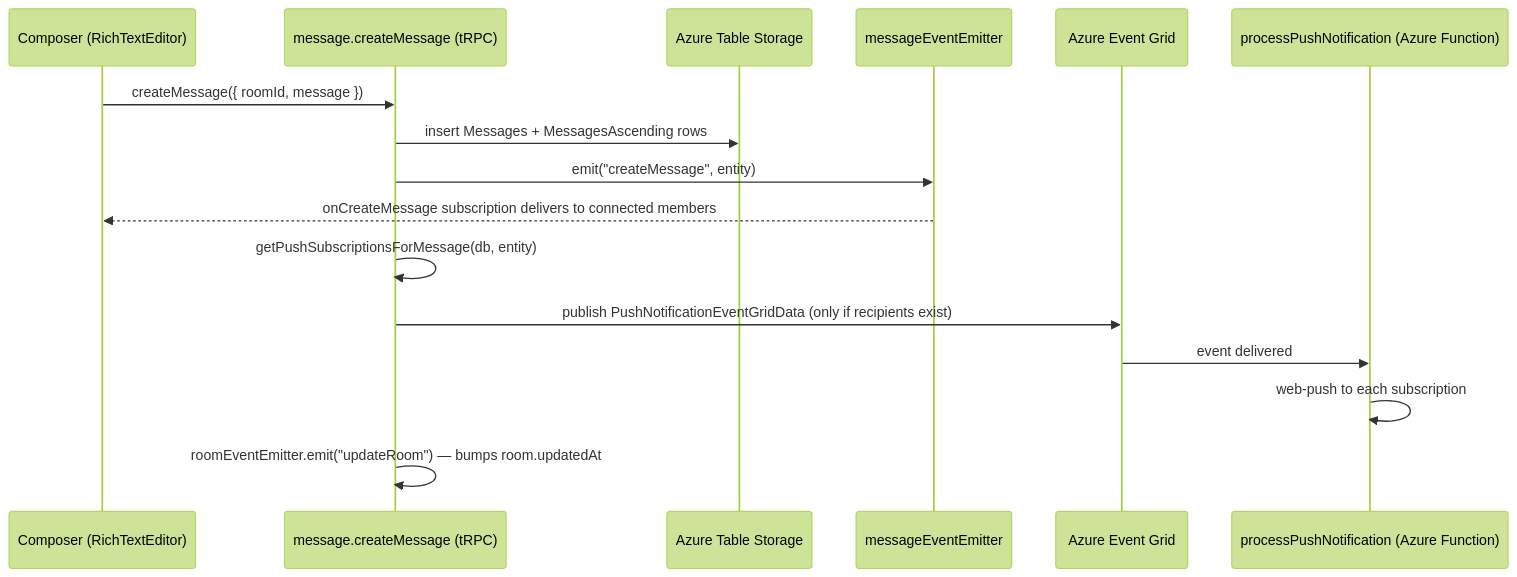
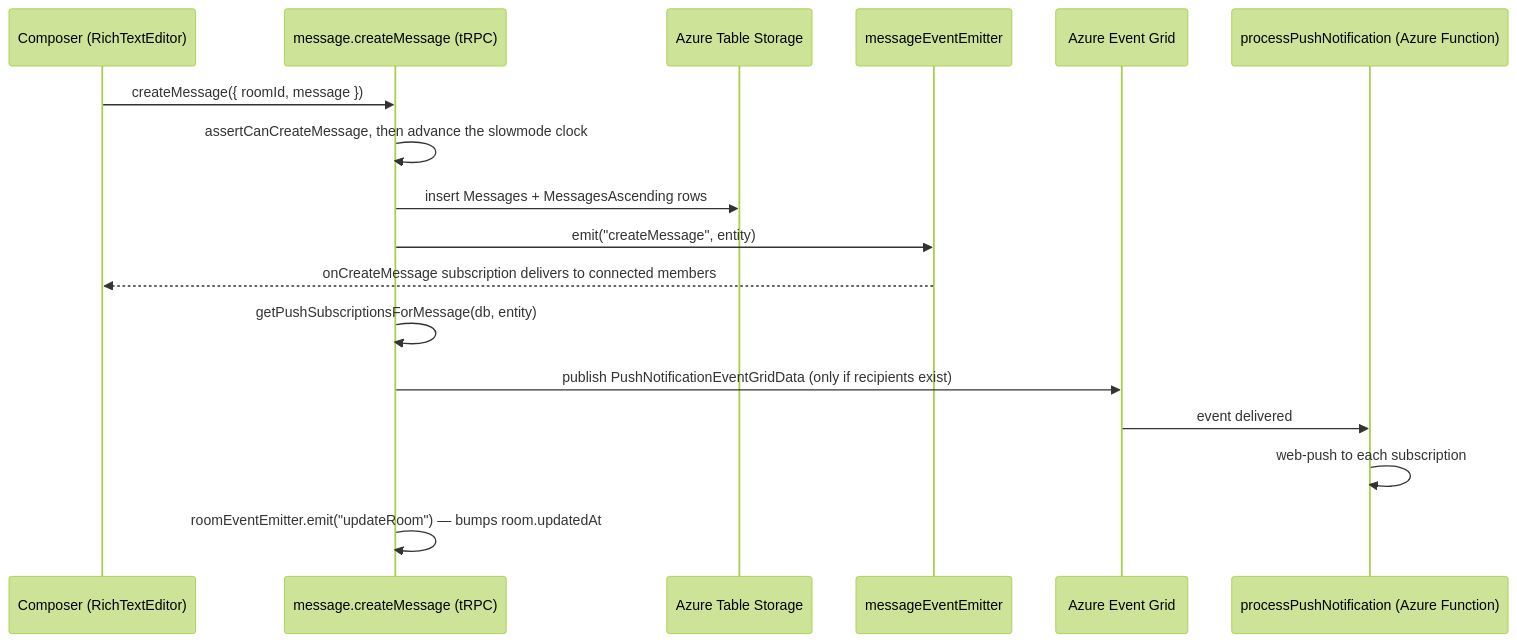
The diagram in packages/app/content/docs/esbabbler/messaging.md (Esposter/Esposter), drawn with Mermaid (forest theme) before and after one commit. The commit also changed 10 other files, not shown here.

````diff
--- a/packages/app/content/docs/esbabbler/messaging.md
+++ b/packages/app/content/docs/esbabbler/messaging.md
@@ -16,19 +16,20 @@
 ```mermaid
 sequenceDiagram
     participant C as Composer (RichTextEditor)
     participant T as message.createMessage (tRPC)
     participant AT as Azure Table Storage
     participant E as messageEventEmitter
     participant EG as Azure Event Grid
     participant F as processPushNotification (Azure Function)
 
     C->>T: createMessage({ roomId, message })
+    T->>T: assertCanCreateMessage, then advance the slowmode clock
     T->>AT: insert Messages + MessagesAscending rows
     T->>E: emit("createMessage", entity)
     E-->>C: onCreateMessage subscription delivers to connected members
     T->>T: getPushSubscriptionsForMessage(db, entity)
     T->>EG: publish PushNotificationEventGridData (only if recipients exist)
     EG->>F: event delivered
     F->>F: web-push to each subscription
     T->>T: roomEventEmitter.emit("updateRoom") — bumps room.updatedAt
 ```
````
